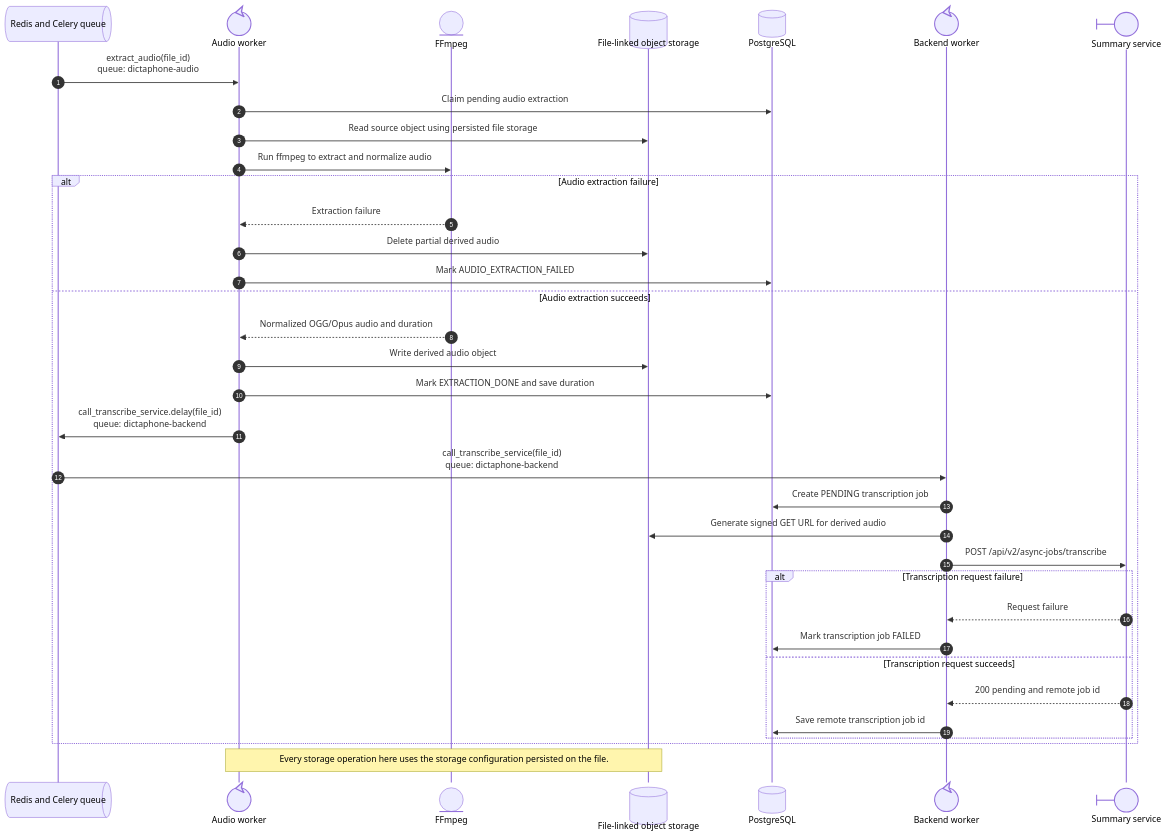
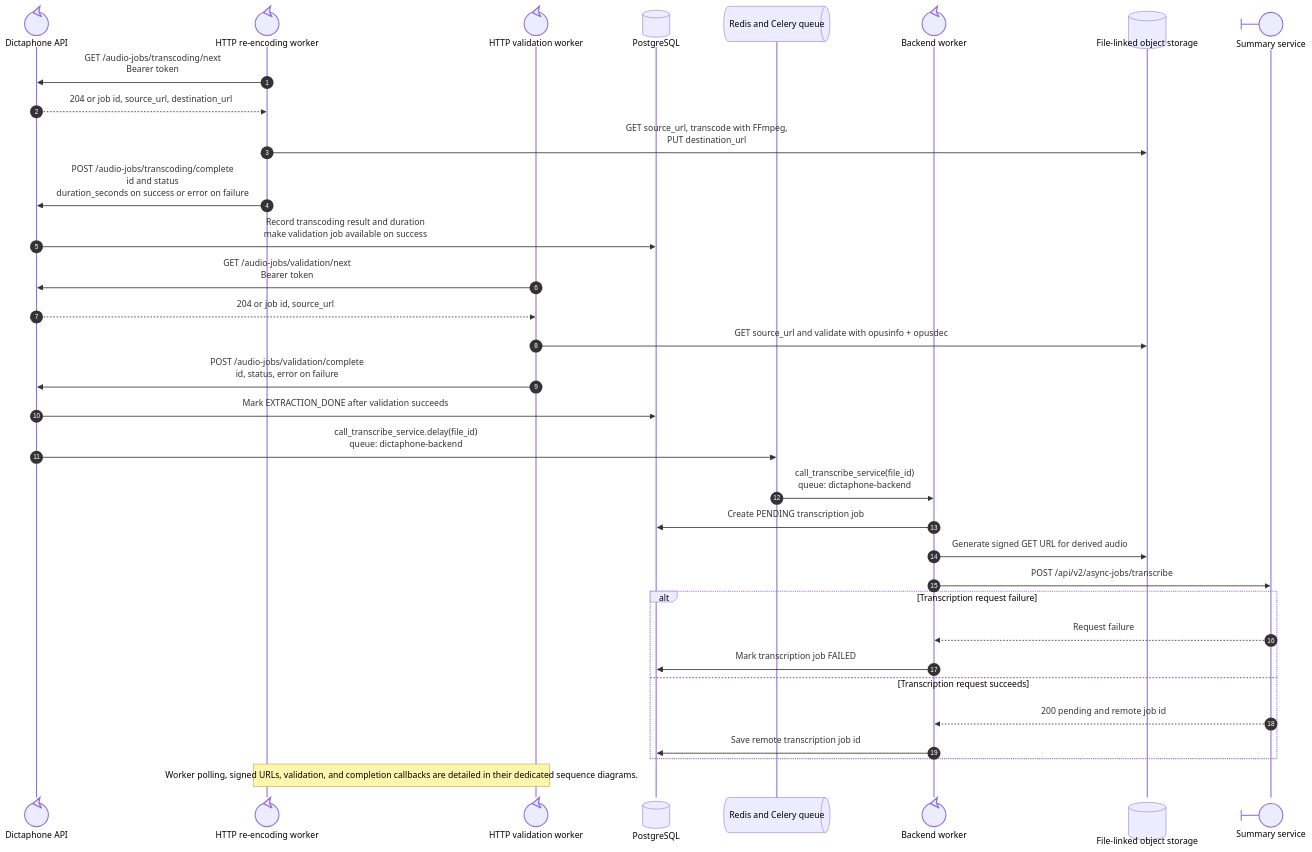
Before and after one commit to suitenumerique/dictaphone: the diagram in docs/diagrams/file-processing-sequence.mmd, drawn with Mermaid. The commit also changed 4 other files, not shown here.

Commit message:
📝(diagrams) update diagrams with new audio worker setup

```diff
--- a/docs/diagrams/file-processing-sequence.mmd
+++ b/docs/diagrams/file-processing-sequence.mmd
@@ -1,39 +1,36 @@
 sequenceDiagram
     autonumber
+    participant API@{ "type": "control" } as Dictaphone API
+    participant Reencoder@{ "type": "control" } as HTTP re-encoding worker
+    participant Validator@{ "type": "control" } as HTTP validation worker
+    participant DB@{ "type": "database" } as PostgreSQL
     participant Queue@{ "type": "queue" } as Redis and Celery queue
-    participant Audio@{ "type": "control" } as Audio worker
-    participant FFmpeg@{ "type": "entity" } as FFmpeg
+    participant Backend@{ "type": "control" } as Backend worker
     participant FileStore@{ "type": "database" } as File-linked object storage
-    participant DB@{ "type": "database" } as PostgreSQL
-    participant Backend@{ "type": "control" } as Backend worker
     participant Summary@{ "type": "boundary" } as Summary service
 
-    Queue->>Audio: extract_audio(file_id)<br/>queue: dictaphone-audio
-    Audio->>DB: Claim pending audio extraction
-    Audio->>FileStore: Read source object using persisted file storage
-    Audio->>FFmpeg: Run ffmpeg to extract and normalize audio
+    Reencoder->>API: GET /audio-jobs/transcoding/next<br/>Bearer token
+    API-->>Reencoder: 204 or job id, source_url, destination_url
+    Reencoder->>FileStore: GET source_url, transcode with FFmpeg,<br/>PUT destination_url
+    Reencoder->>API: POST /audio-jobs/transcoding/complete<br/>id and status<br/>duration_seconds on success or error on failure
+    API->>DB: Record transcoding result and duration<br/>make validation job available on success
+    Validator->>API: GET /audio-jobs/validation/next<br/>Bearer token
+    API-->>Validator: 204 or job id, source_url
+    Validator->>FileStore: GET source_url and validate with opusinfo + opusdec
+    Validator->>API: POST /audio-jobs/validation/complete<br/>id, status, error on failure
+    API->>DB: Mark EXTRACTION_DONE after validation succeeds
+    API->>Queue: call_transcribe_service.delay(file_id)<br/>queue: dictaphone-backend
+    Queue->>Backend: call_transcribe_service(file_id)<br/>queue: dictaphone-backend
+    Backend->>DB: Create PENDING transcription job
+    Backend->>FileStore: Generate signed GET URL for derived audio
+    Backend->>Summary: POST /api/v2/async-jobs/transcribe
 
-    alt Audio extraction failure
-        FFmpeg-->>Audio: Extraction failure
-        Audio->>FileStore: Delete partial derived audio
-        Audio->>DB: Mark AUDIO_EXTRACTION_FAILED
-    else Audio extraction succeeds
-        FFmpeg-->>Audio: Normalized OGG/Opus audio and duration
-        Audio->>FileStore: Write derived audio object
-        Audio->>DB: Mark EXTRACTION_DONE and save duration
-        Audio->>Queue: call_transcribe_service.delay(file_id)<br/>queue: dictaphone-backend
-        Queue->>Backend: call_transcribe_service(file_id)<br/>queue: dictaphone-backend
-        Backend->>DB: Create PENDING transcription job
-        Backend->>FileStore: Generate signed GET URL for derived audio
-        Backend->>Summary: POST /api/v2/async-jobs/transcribe
-
-        alt Transcription request failure
-            Summary-->>Backend: Request failure
-            Backend->>DB: Mark transcription job FAILED
-        else Transcription request succeeds
-            Summary-->>Backend: 200 pending and remote job id
-            Backend->>DB: Save remote transcription job id
-        end
+    alt Transcription request failure
+        Summary-->>Backend: Request failure
+        Backend->>DB: Mark transcription job FAILED
+    else Transcription request succeeds
+        Summary-->>Backend: 200 pending and remote job id
+        Backend->>DB: Save remote transcription job id
     end
 
-    Note over Audio,FileStore: Every storage operation here uses the storage configuration persisted on the file.
+    Note over Reencoder,Validator: Worker polling, signed URLs, validation, and completion callbacks are detailed in their dedicated sequence diagrams.
```
